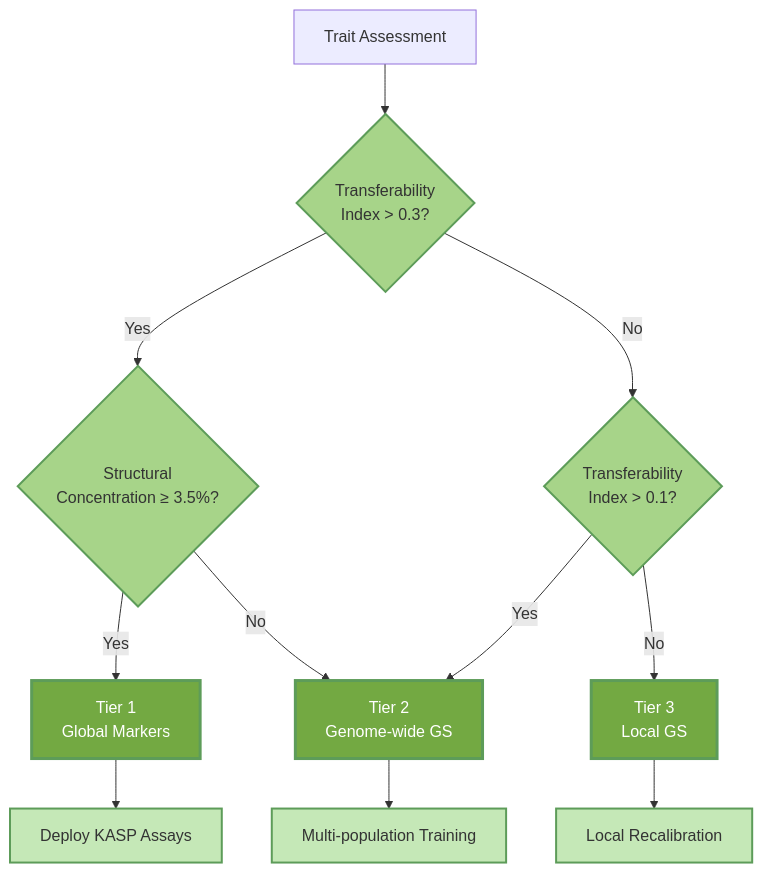
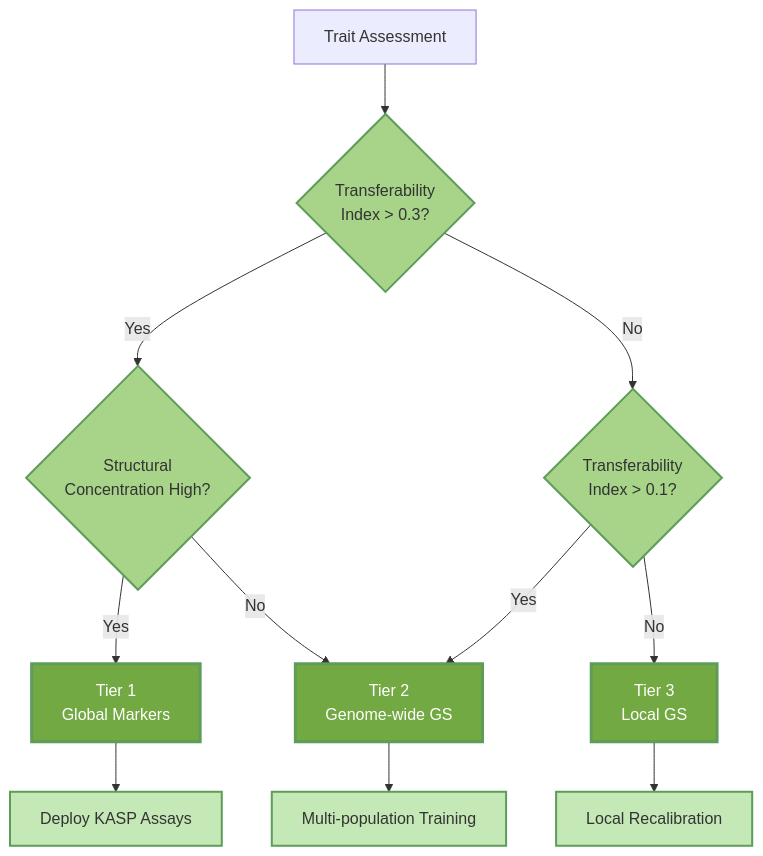
One commit to shoaibms/mango changed the second of 2 diagrams in README.md. Above: the diagram before and after it, drawn with Mermaid. The commit also changed other lines of this file, not shown here.

````diff
--- a/README.md
+++ b/README.md
@@ -130,25 +131,25 @@
 ```mermaid
 flowchart TB
     A["Trait Assessment"] --> B{"Transferability<br/>Index > 0.3?"}
     
-    B -->|Yes| C{"Structural<br/>Concentration ≥ 3.5%?"}
+    B -->|Yes| C{"Structural<br/>Concentration High?"}
     B -->|No| D{"Transferability<br/>Index > 0.1?"}
     
     C -->|Yes| E["Tier 1<br/>Global Markers"]
     C -->|No| F["Tier 2<br/>Genome-wide GS"]
     
     D -->|Yes| F
     D -->|No| G["Tier 3<br/>Local GS"]
 
     E --> H["Deploy KASP Assays"]
     F --> I["Multi-population Training"]
     G --> J["Local Recalibration"]
 
     classDef tierNode fill:#73a942,stroke:#5d9c59,stroke-width:3px,color:#fff
     classDef actionNode fill:#c5e8b7,stroke:#5d9c59,stroke-width:2px,color:#333
     classDef decisionNode fill:#a7d489,stroke:#5d9c59,stroke-width:2px,color:#333
 
     class E,F,G tierNode
     class H,I,J actionNode
     class B,C,D decisionNode
 ```
````
